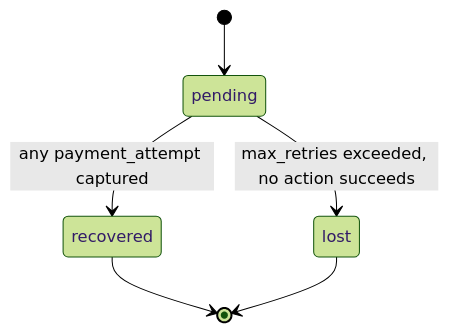
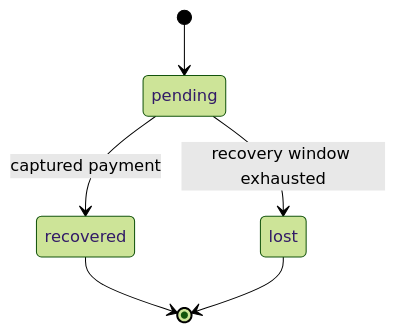
The fourth of 13 diagrams in docs/reclaim-system-design.md (arsh342/reclaim), drawn with Mermaid (forest theme) before and after one commit. The commit also changed other lines of this file and 105 other files, not shown here.

````diff
--- a/docs/reclaim-system-design.md
+++ b/docs/reclaim-system-design.md
@@ -152,8 +249,8 @@
 ```mermaid
 stateDiagram-v2
     [*] --> pending
-    pending --> recovered: any payment_attempt captured
-    pending --> lost: max_retries exceeded, no action succeeds
+    pending --> recovered: captured payment
+    pending --> lost: recovery window exhausted
     recovered --> [*]
     lost --> [*]
 ```
````
